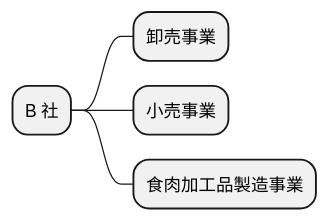
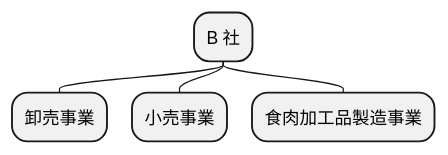
One commit to k2works/case-sutudy-business-analysis changed the first of 15 diagrams in docs/case/r04_case_2.adoc. Above: the diagram before and after it, drawn with PlantUML. The commit also changed other lines of this file, not shown here.

```diff
--- a/docs/case/r04_case_2.adoc
+++ b/docs/case/r04_case_2.adoc
@@ -43,11 +43,11 @@
 [plantuml]
 ----
 @startmindmap
-
+top to bottom direction
 * B 社
 ** 卸売事業
 ** 小売事業
 ** 食肉加工品製造事業
 
 @endmindmap
 ----
```
